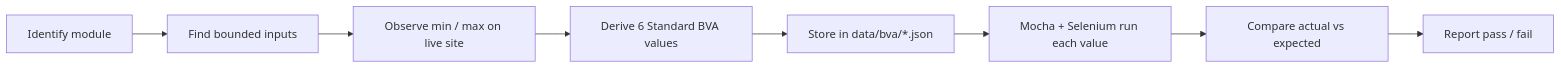
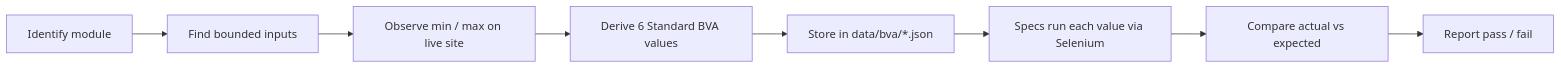
One commit to Ghifariezra/gramedia-bva-e2e changed the diagram in README.md. Above: the diagram before and after it, drawn with Mermaid. The commit also changed other lines of this file and 3 other files, not shown here.

First line of the commit message:
chore: scaffold project config and document architecture layers

````diff
--- a/README.md
+++ b/README.md
@@ -119,10 +120,10 @@
 ```mermaid
 flowchart LR
     A[Identify module] --> B[Find bounded inputs]
     B --> C[Observe min / max on live site]
     C --> D[Derive 6 Standard BVA values]
     D --> E[Store in data/bva/*.json]
-    E --> F[Mocha + Selenium run each value]
+    E --> F[Specs run each value via Selenium]
     F --> G[Compare actual vs expected]
     G --> H[Report pass / fail]
 ```
````
